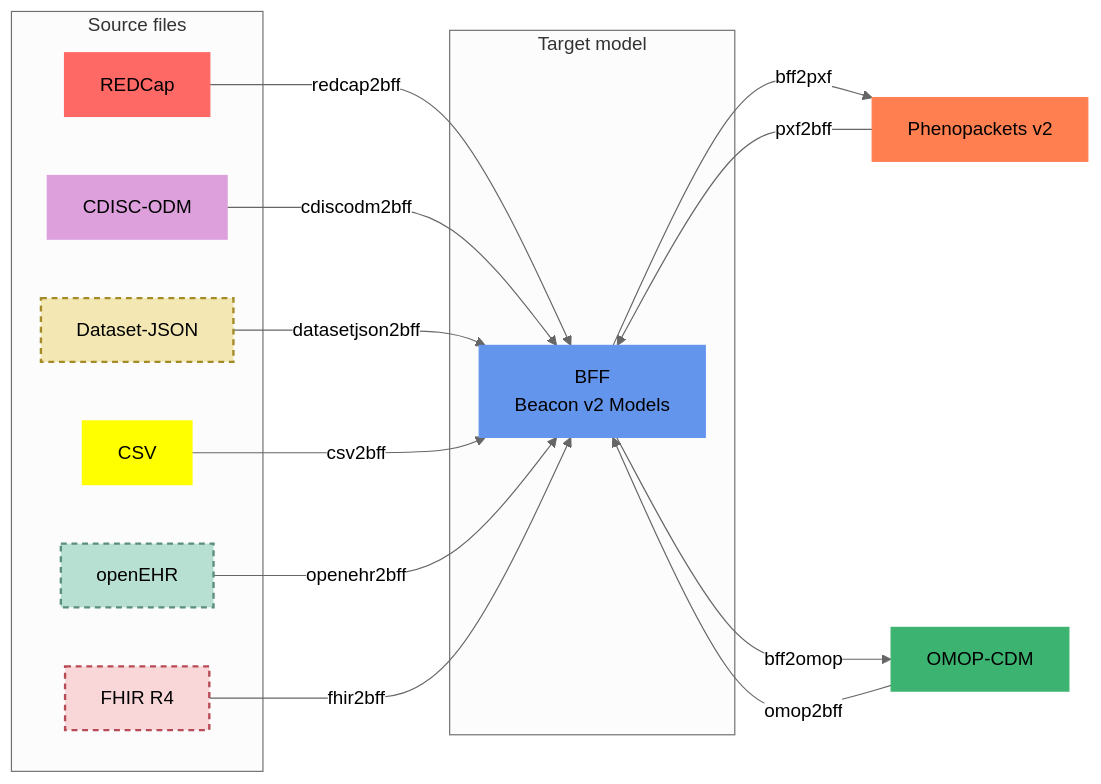
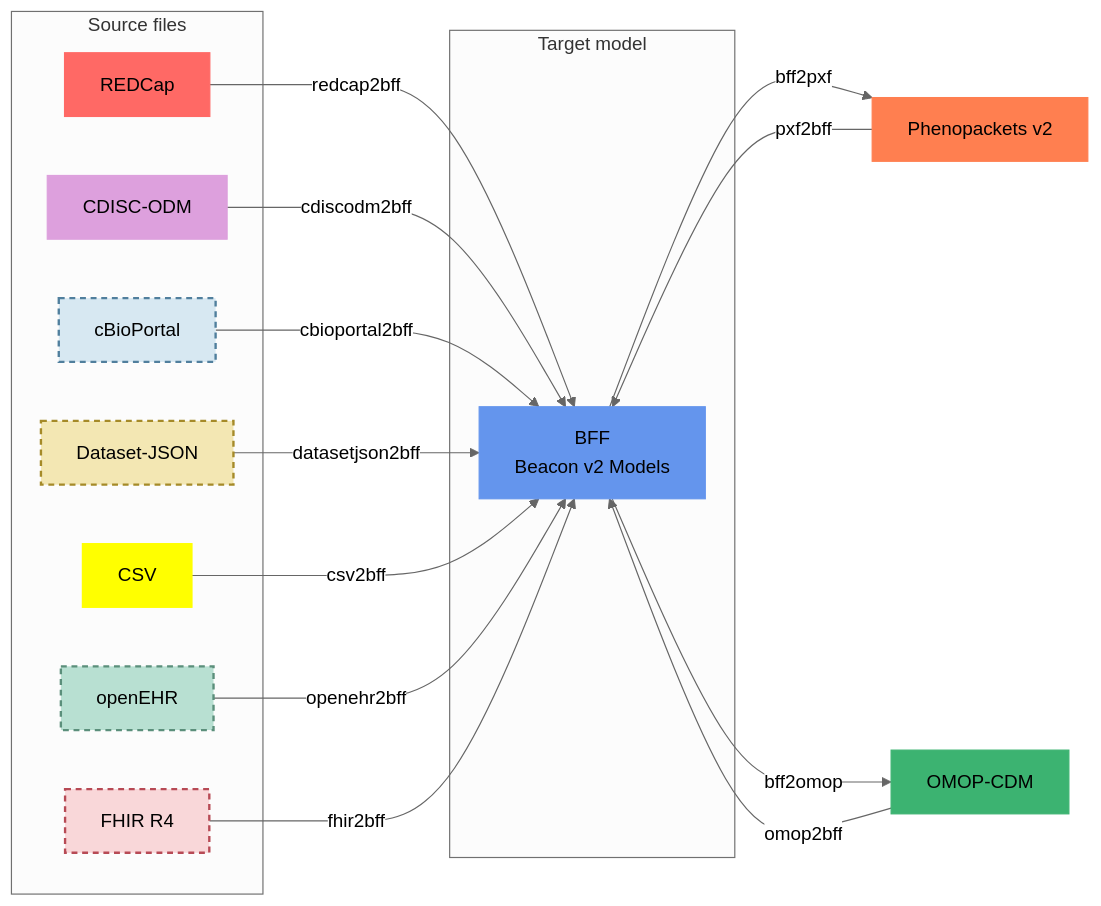
The first of 2 diagrams in docs-site/docs/supported-formats.mdx (CNAG-Biomedical-Informatics/convert-pheno), drawn with Mermaid before and after one commit. The commit also changed other lines of this file and 47 other files, not shown here.

Commit message:
Add cBioPortal clinical study input

````diff
--- a/docs-site/docs/supported-formats.mdx
+++ b/docs-site/docs/supported-formats.mdx
@@ -16,37 +16,40 @@
 ```mermaid
 %%{init:{'theme':'neutral'}}%%
 graph LR
   subgraph "Source files"
     C[REDCap]
     E[CDISC-ODM]
+    K[cBioPortal]
     H[Dataset-JSON]
     F[CSV]
     G[openEHR]
     J[FHIR R4]
   end
 
   subgraph "Target model"
     A["BFF<br/>Beacon v2 Models"]
   end
 
   C -->|redcap2bff| A
   E -->|cdiscodm2bff| A
+  K -->|cbioportal2bff| A
   H -->|datasetjson2bff| A
   F -->|csv2bff| A
   G -->|openehr2bff| A
   J -->|fhir2bff| A
   B[Phenopackets v2] -->|pxf2bff| A
   A -->|bff2pxf| B
   D[OMOP-CDM] -->|omop2bff| A
   A -->|bff2omop| D
 
   style A fill:#6495ED,stroke:#6495ED
   style B fill:#FF7F50,stroke:#FF7F50
   style C fill:#FF6965,stroke:#FF6965
   style D fill:#3CB371,stroke:#3CB371
   style E fill:#DDA0DD,stroke:#DDA0DD
+  style K fill:#D7E8F2,stroke:#507F9D,stroke-width:2px,stroke-dasharray:5 4
   style H fill:#F3E7B3,stroke:#A58A28,stroke-width:2px,stroke-dasharray:5 4
   style F fill:#FFFF00,stroke:#FFFF00
   style G fill:#B8E0D2,stroke:#5B8F7B,stroke-width:2px,stroke-dasharray:5 4
   style J fill:#F9D7D9,stroke:#B74A55,stroke-width:2px,stroke-dasharray:5 4
 ```
````
